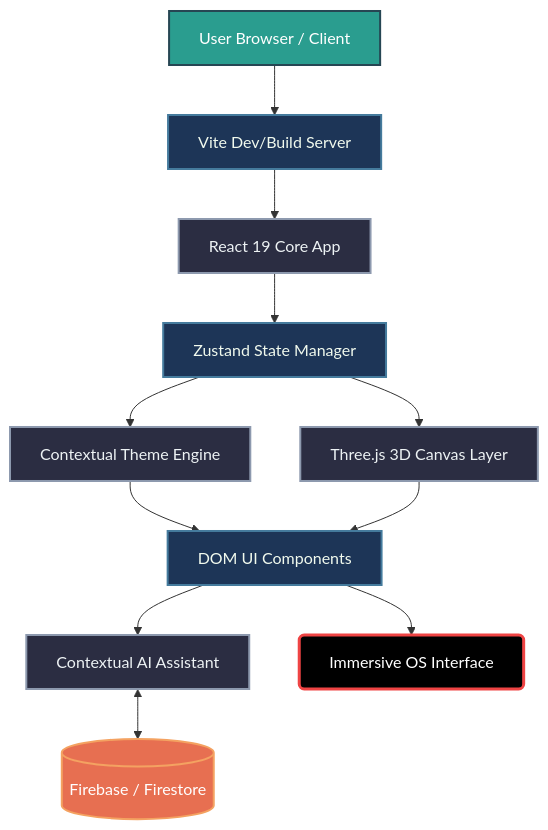
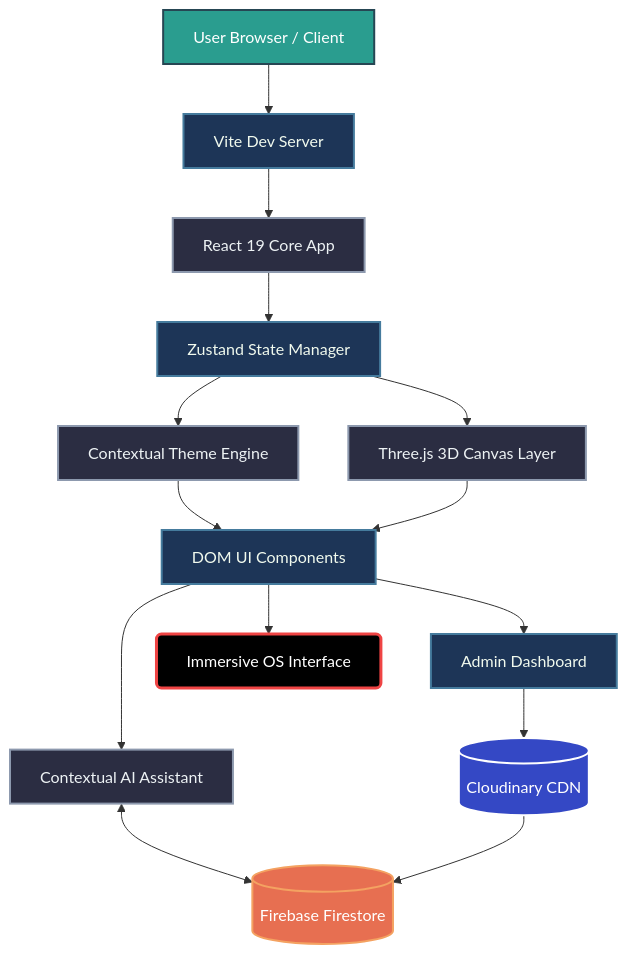
Before and after one commit to KanishkDevCode/Lumina_Os: the diagram in README.md, drawn with Mermaid. The commit also changed other lines of this file and 4 other files, not shown here.

Commit message:
Updated README with complete project architecture and fixed carousel background logic

````diff
--- a/README.md
+++ b/README.md
@@ -34,19 +77,23 @@
 ```mermaid
 flowchart TD
 classDef phase fill:#2b2d42,stroke:#8d99ae,stroke-width:2px,color:#edf2f4;
 classDef script fill:#1d3557,stroke:#457b9d,stroke-width:2px,color:#f1faee;
 classDef data fill:#2a9d8f,stroke:#264653,stroke-width:2px,color:#ffffff;
 classDef db fill:#e76f51,stroke:#f4a261,stroke-width:2px,color:#ffffff;
+classDef cloud fill:#3448C5,stroke:#ffffff,stroke-width:2px,color:#ffffff;
 classDef final fill:#000000,stroke:#EF4444,stroke-width:3px,color:#FFFFFF,rx:5px,ry:5px;
 
-UserClient["User Browser / Client"]:::data --> ViteServer["Vite Dev/Build Server"]:::script
+UserClient["User Browser / Client"]:::data --> ViteServer["Vite Dev Server"]:::script
 ViteServer --> ReactApp["React 19 Core App"]:::phase
 ReactApp --> ZustandStore["Zustand State Manager"]:::script
 ZustandStore --> ThemeEngine["Contextual Theme Engine"]:::phase
 ZustandStore --> R3FCanvas["Three.js 3D Canvas Layer"]:::phase
 ThemeEngine --> UILayer["DOM UI Components"]:::script
 R3FCanvas --> UILayer
 UILayer --> AgenticAI["Contextual AI Assistant"]:::phase
-AgenticAI <--> FirebaseDB[(Firebase / Firestore)]:::db
+AgenticAI <--> FirebaseDB[(Firebase Firestore)]:::db
+UILayer --> AdminMode["Admin Dashboard"]:::script
+AdminMode --> Cloudinary[(Cloudinary CDN)]:::cloud
+Cloudinary --> FirebaseDB
 UILayer --> FinalOutput["Immersive OS Interface"]:::final
 ```
````
